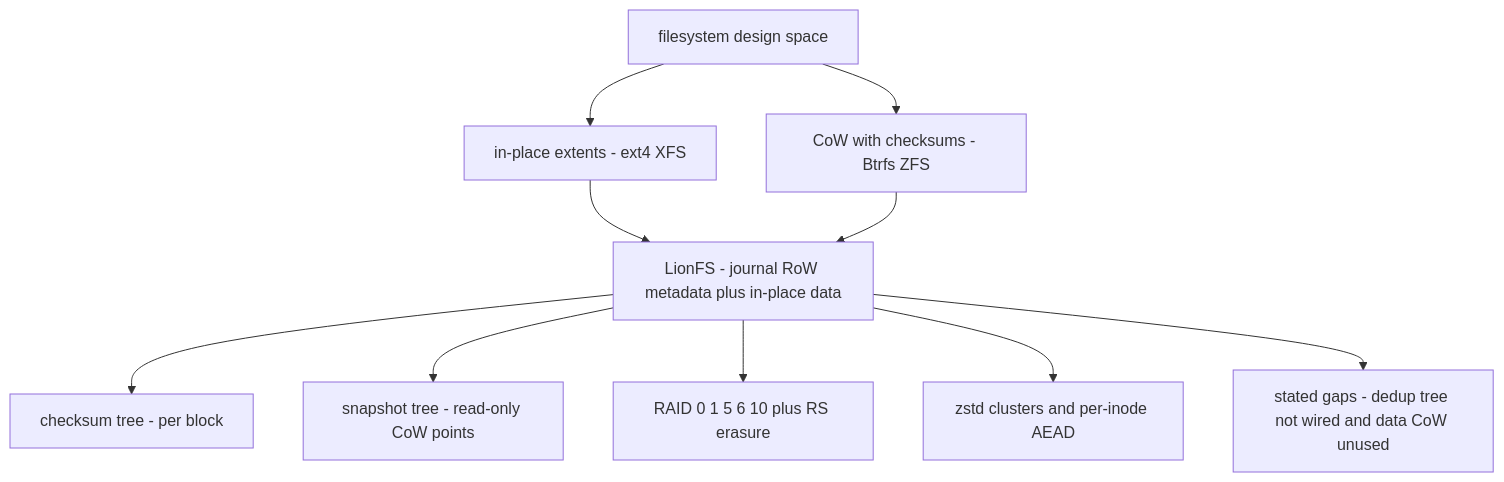
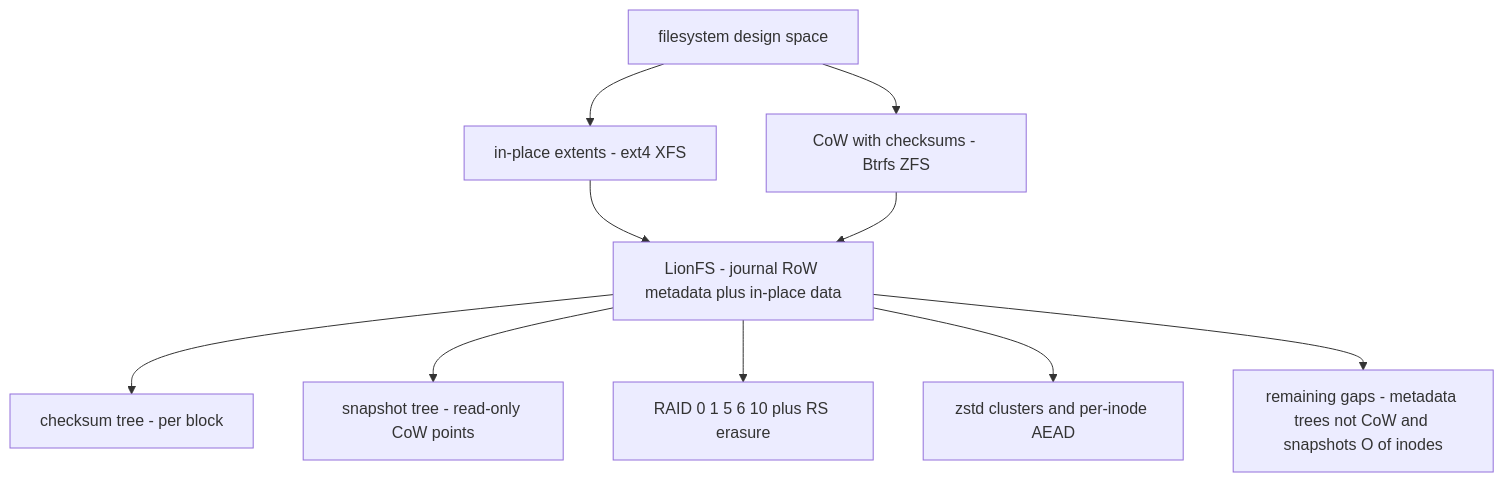
One commit to lionxlover/LionFS changed the first of 2 diagrams in docs/comparison.md. Above: the diagram before and after it, drawn with Mermaid. The commit also changed other lines of this file and 123 other files, not shown here.

````diff
--- a/docs/comparison.md
+++ b/docs/comparison.md
@@ -56,13 +63,13 @@
 ```mermaid
 flowchart TB
     ROOT["filesystem design space"]
     ROOT --> INPLACE["in-place extents - ext4 XFS"]
     ROOT --> COW["CoW with checksums - Btrfs ZFS"]
     INPLACE --> LION["LionFS - journal RoW metadata plus in-place data"]
     COW --> LION
     LION --> F1["checksum tree - per block"]
     LION --> F2["snapshot tree - read-only CoW points"]
     LION --> F3["RAID 0 1 5 6 10 plus RS erasure"]
     LION --> F4["zstd clusters and per-inode AEAD"]
-    LION --> F5["stated gaps - dedup tree not wired and data CoW unused"]
+    LION --> F5["remaining gaps - metadata trees not CoW and snapshots O of inodes"]
 ```
````
